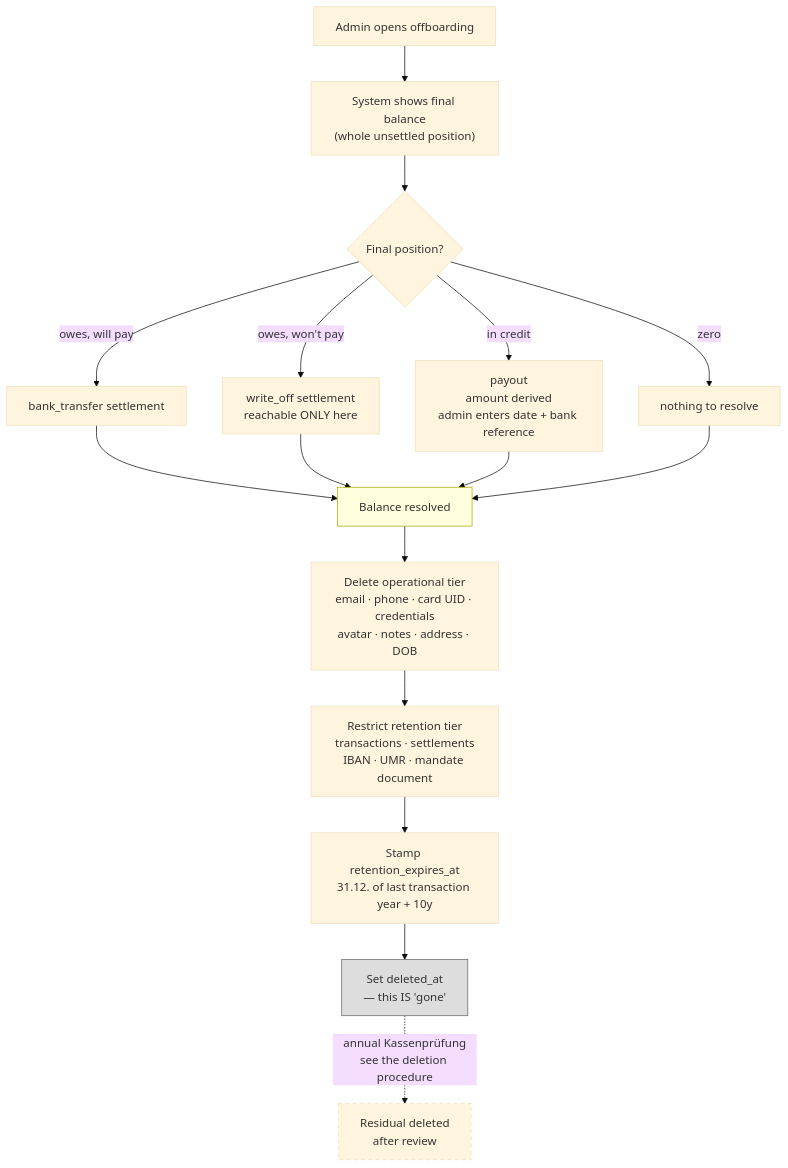
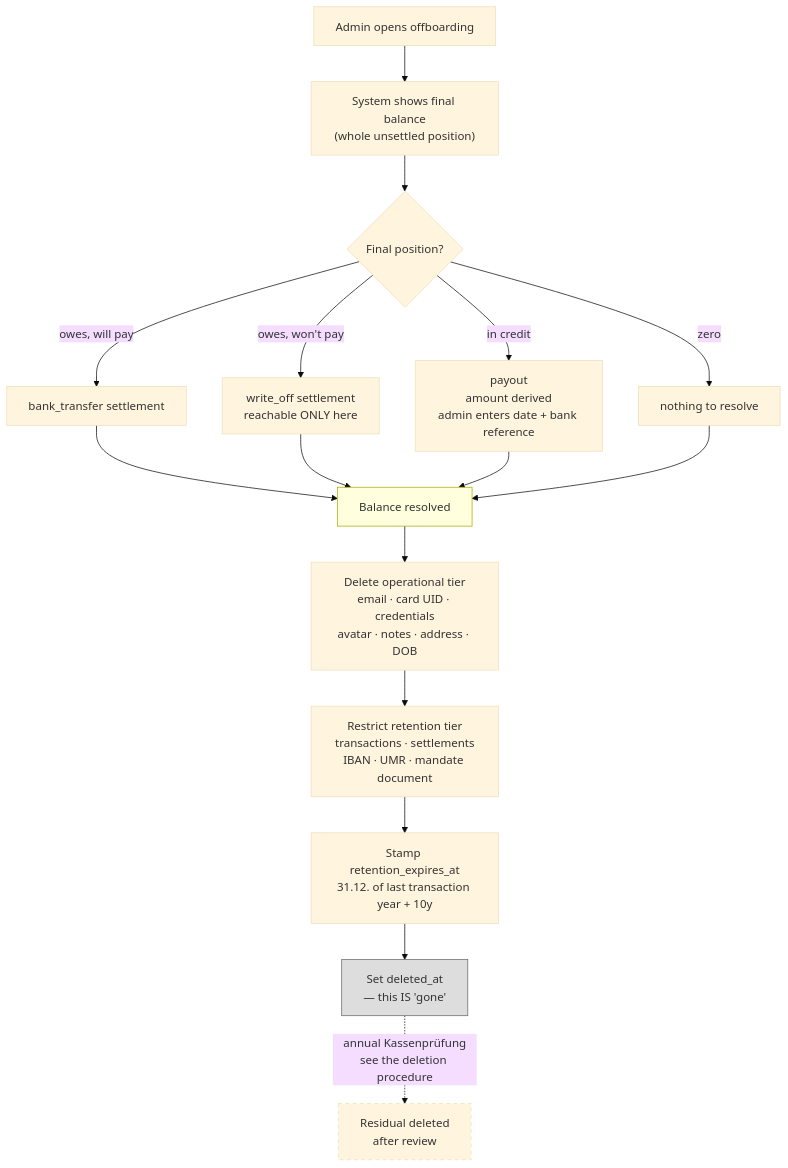
The third of 3 diagrams in docs/flows-member-lifecycle.md (dgloeckner/clubbar), drawn with Mermaid (base theme) before and after one commit. The commit also changed 54 other files, not shown here.

````diff
--- a/docs/flows-member-lifecycle.md
+++ b/docs/flows-member-lifecycle.md
@@ -59,26 +59,26 @@
 ```mermaid
 flowchart TD
     A["Admin opens offboarding"] --> B["System shows final balance<br/>(whole unsettled position)"]
     B --> C{Final position?}
 
     C -->|"owes, will pay"| D["bank_transfer settlement"]
     C -->|"owes, won't pay"| E["write_off settlement<br/>reachable ONLY here"]
     C -->|"in credit"| F["payout<br/>amount derived<br/>admin enters date + bank reference"]
     C -->|zero| G[nothing to resolve]
 
     D --> H
     E --> H
     F --> H
     G --> H["Balance resolved"]
 
-    H --> I["Delete operational tier<br/>email · phone · card UID · credentials<br/>avatar · notes · address · DOB"]
+    H --> I["Delete operational tier<br/>email · card UID · credentials<br/>avatar · notes · address · DOB"]
     I --> J["Restrict retention tier<br/>transactions · settlements<br/>IBAN · UMR · mandate document"]
     J --> K["Stamp retention_expires_at<br/>31.12. of last transaction year + 10y"]
     K --> L["Set deleted_at<br/>— this IS 'gone'"]
 
     L -.->|"annual Kassenprüfung<br/>see the deletion procedure"| M["Residual deleted<br/>after review"]
 
     style H fill:#ffd,stroke:#aa0
     style L fill:#ddd,stroke:#666
     style M stroke-dasharray: 5 5
 ```
````
